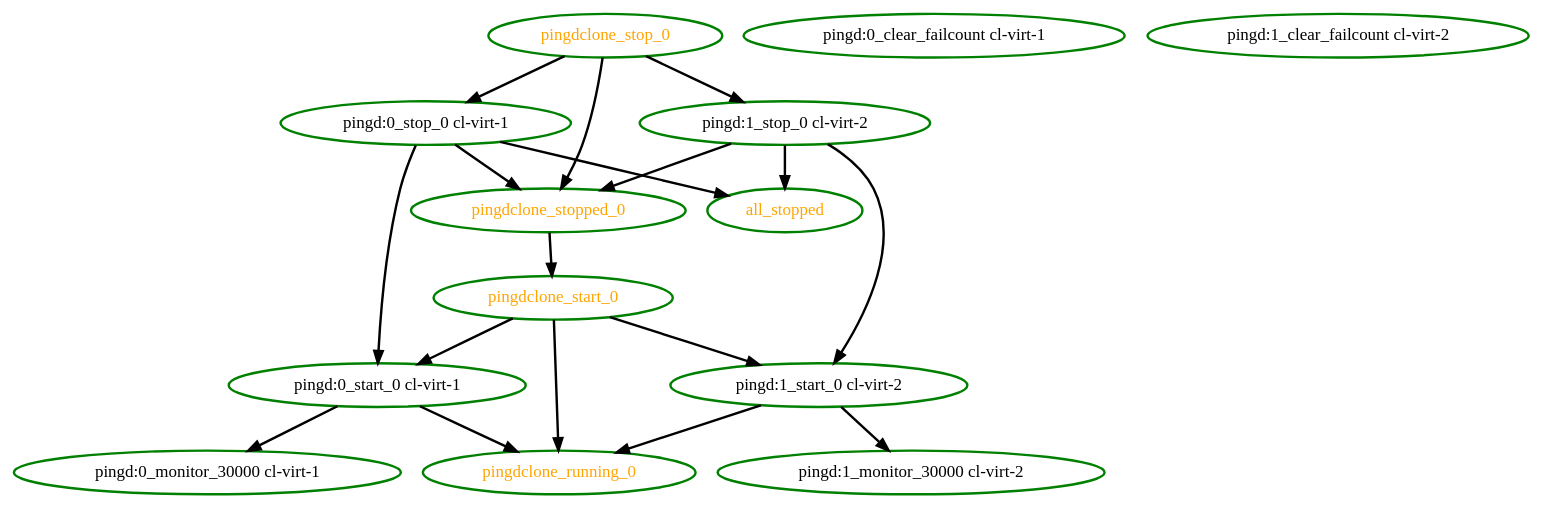
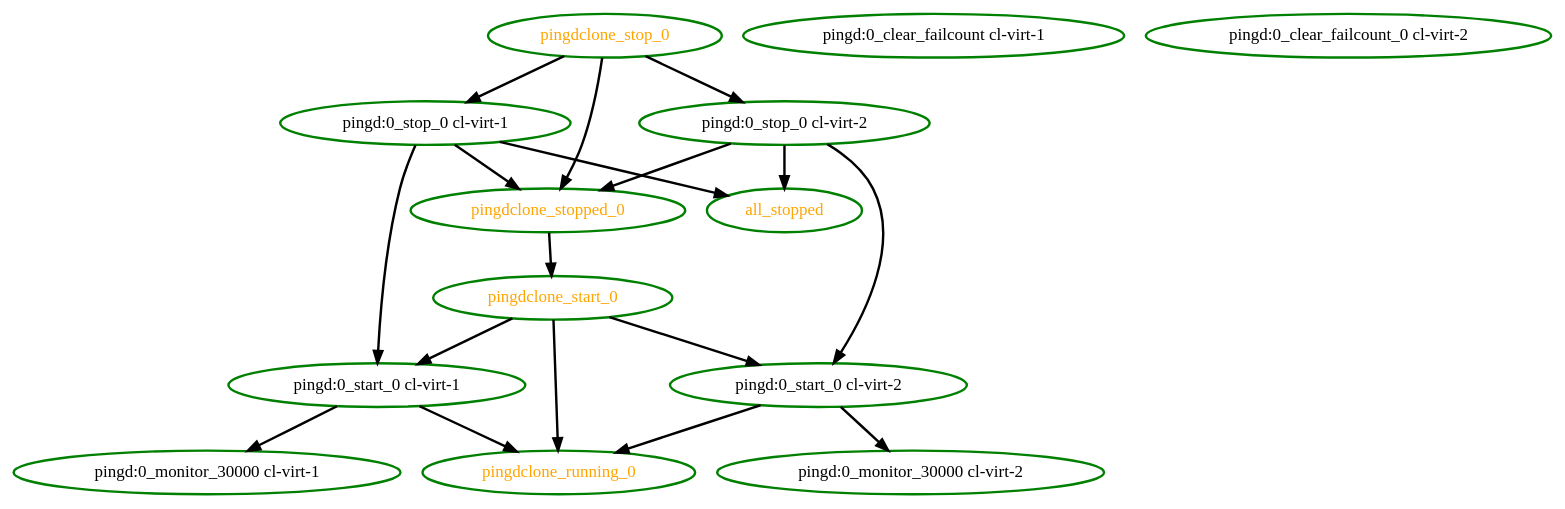
The diagram in pengine/test10/bug-lf-2106.dot (ClusterLabs/pacemaker), drawn with Graphviz before and after one commit. The commit also changed 12 other files, not shown here.

First line of the commit message:
Low: PE: Create the dot graphs based on the resource names from the status section

```diff
--- a/pengine/test10/bug-lf-2106.dot
+++ b/pengine/test10/bug-lf-2106.dot
@@ -1,32 +1,32 @@
 digraph "g" {
 "all_stopped" [ style=bold color="green" fontcolor="orange" ]
 "pingd:0_clear_failcount cl-virt-1" [ style=bold color="green" fontcolor="black" ]
+"pingd:0_clear_failcount_0 cl-virt-2" [ style=bold color="green" fontcolor="black"]
 "pingd:0_monitor_30000 cl-virt-1" [ style=bold color="green" fontcolor="black" ]
+"pingd:0_monitor_30000 cl-virt-2" [ style=bold color="green" fontcolor="black"]
 "pingd:0_start_0 cl-virt-1" -> "pingd:0_monitor_30000 cl-virt-1" [ style = bold]
 "pingd:0_start_0 cl-virt-1" -> "pingdclone_running_0" [ style = bold]
 "pingd:0_start_0 cl-virt-1" [ style=bold color="green" fontcolor="black" ]
+"pingd:0_start_0 cl-virt-2" -> "pingd:0_monitor_30000 cl-virt-2" [ style = bold]
+"pingd:0_start_0 cl-virt-2" -> "pingdclone_running_0" [ style = bold]
+"pingd:0_start_0 cl-virt-2" [ style=bold color="green" fontcolor="black"]
 "pingd:0_stop_0 cl-virt-1" -> "all_stopped" [ style = bold]
 "pingd:0_stop_0 cl-virt-1" -> "pingd:0_start_0 cl-virt-1" [ style = bold]
 "pingd:0_stop_0 cl-virt-1" -> "pingdclone_stopped_0" [ style = bold]
 "pingd:0_stop_0 cl-virt-1" [ style=bold color="green" fontcolor="black" ]
-"pingd:1_clear_failcount cl-virt-2" [ style=bold color="green" fontcolor="black" ]
-"pingd:1_monitor_30000 cl-virt-2" [ style=bold color="green" fontcolor="black" ]
-"pingd:1_start_0 cl-virt-2" -> "pingd:1_monitor_30000 cl-virt-2" [ style = bold]
-"pingd:1_start_0 cl-virt-2" -> "pingdclone_running_0" [ style = bold]
-"pingd:1_start_0 cl-virt-2" [ style=bold color="green" fontcolor="black" ]
-"pingd:1_stop_0 cl-virt-2" -> "all_stopped" [ style = bold]
-"pingd:1_stop_0 cl-virt-2" -> "pingd:1_start_0 cl-virt-2" [ style = bold]
-"pingd:1_stop_0 cl-virt-2" -> "pingdclone_stopped_0" [ style = bold]
-"pingd:1_stop_0 cl-virt-2" [ style=bold color="green" fontcolor="black" ]
+"pingd:0_stop_0 cl-virt-2" -> "all_stopped" [ style = bold]
+"pingd:0_stop_0 cl-virt-2" -> "pingd:0_start_0 cl-virt-2" [ style = bold]
+"pingd:0_stop_0 cl-virt-2" -> "pingdclone_stopped_0" [ style = bold]
+"pingd:0_stop_0 cl-virt-2" [ style=bold color="green" fontcolor="black"]
 "pingdclone_running_0" [ style=bold color="green" fontcolor="orange" ]
 "pingdclone_start_0" -> "pingd:0_start_0 cl-virt-1" [ style = bold]
-"pingdclone_start_0" -> "pingd:1_start_0 cl-virt-2" [ style = bold]
+"pingdclone_start_0" -> "pingd:0_start_0 cl-virt-2" [ style = bold]
 "pingdclone_start_0" -> "pingdclone_running_0" [ style = bold]
 "pingdclone_start_0" [ style=bold color="green" fontcolor="orange" ]
 "pingdclone_stop_0" -> "pingd:0_stop_0 cl-virt-1" [ style = bold]
-"pingdclone_stop_0" -> "pingd:1_stop_0 cl-virt-2" [ style = bold]
+"pingdclone_stop_0" -> "pingd:0_stop_0 cl-virt-2" [ style = bold]
 "pingdclone_stop_0" -> "pingdclone_stopped_0" [ style = bold]
 "pingdclone_stop_0" [ style=bold color="green" fontcolor="orange" ]
 "pingdclone_stopped_0" -> "pingdclone_start_0" [ style = bold]
 "pingdclone_stopped_0" [ style=bold color="green" fontcolor="orange" ]
 }
```
